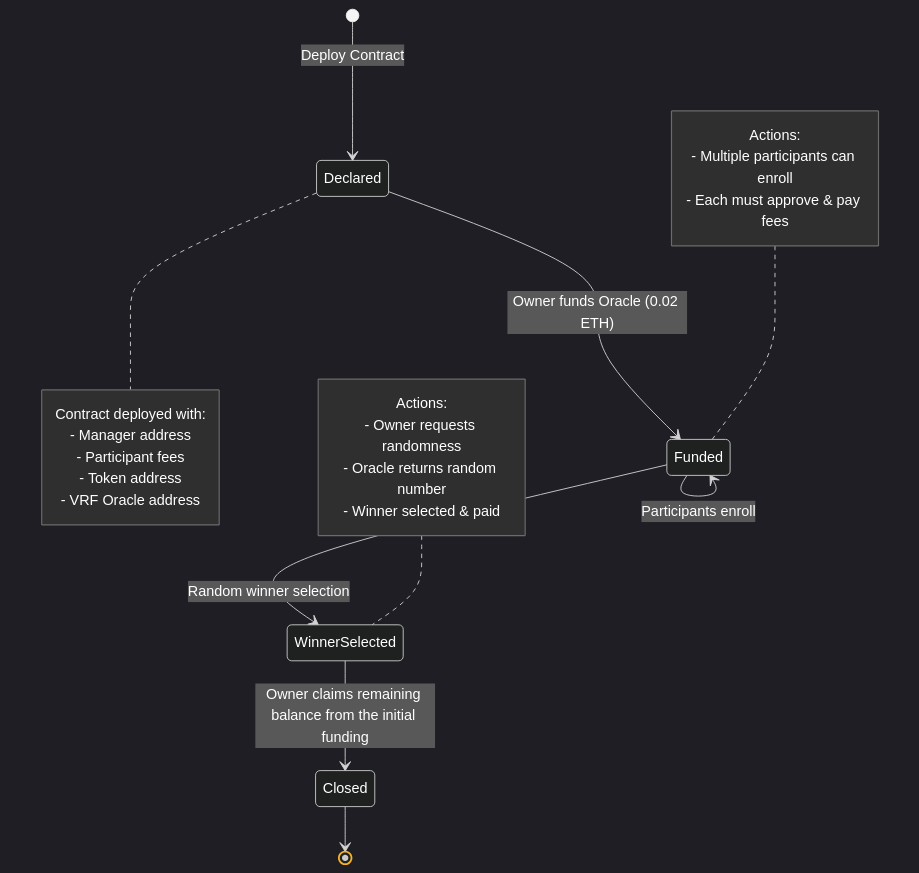
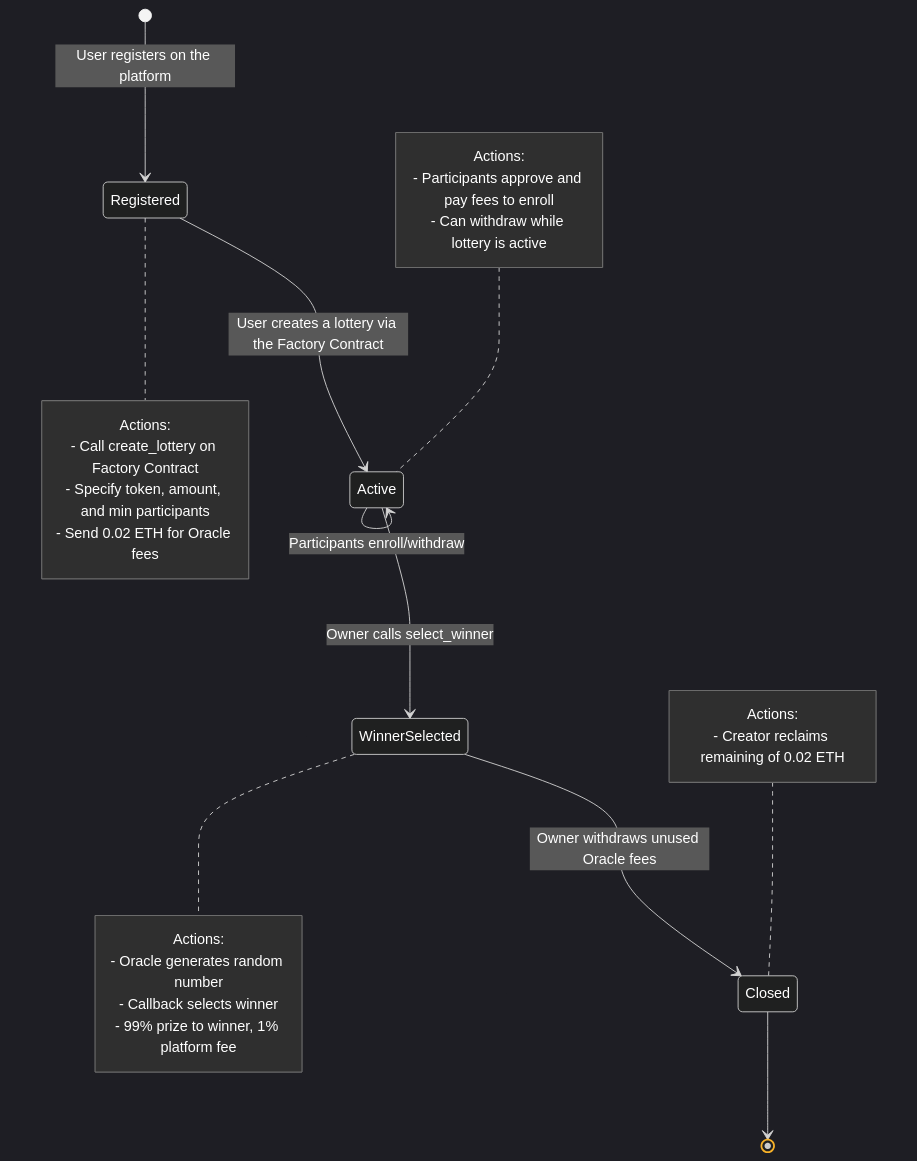
One commit to armaanansari121/lottery-starknet changed the first of 2 diagrams in README.md. Above: the diagram before and after it, drawn with Mermaid. The commit also changed other lines of this file, not shown here.

````diff
--- a/README.md
+++ b/README.md
@@ -30,48 +74,52 @@
 ```mermaid
 %%{init: {
   'theme': 'dark',
   'themeVariables': {
     'primaryColor': '#2f2f2f',
     'primaryTextColor': '#fff',
     'primaryBorderColor': '#7C0000',
     'lineColor': '#F8B229',
     'secondaryColor': '#006100',
     'tertiaryColor': '#2f2f2f',
     'noteTextColor': '#fff',
     'noteBkgColor': '#2f2f2f',
     'noteBorderColor': '#6b6b6b',
     'textColor': '#fff'
   }
 }}%%
 
 stateDiagram-v2
-    [*] --> Declared: Deploy Contract
-    
-    Declared --> Funded: Owner funds Oracle (0.02 ETH)
-    note right of Declared
-        Contract deployed with:
-        - Manager address
-        - Participant fees
-        - Token address
-        - VRF Oracle address
+    [*] --> Registered: User registers on the platform
+
+    Registered --> Active: User creates a lottery via the Factory Contract
+    note right of Registered
+        Actions:
+        - Call create_lottery on Factory Contract
+        - Specify token, amount, and min participants
+        - Send 0.02 ETH for Oracle fees
     end note
-    
-    Funded --> Funded: Participants enroll
-    note left of Funded
+
+    Active --> Active: Participants enroll/withdraw
+    note left of Active
         Actions:
-        - Multiple participants can enroll
-        - Each must approve & pay fees
+        - Participants approve and pay fees to enroll
+        - Can withdraw while lottery is active
     end note
-    
-    Funded --> WinnerSelected: Random winner selection
-    note left of WinnerSelected
+
+    Active --> WinnerSelected: Owner calls select_winner
+    note right of WinnerSelected
         Actions:
-        - Owner requests randomness
-        - Oracle returns random number
-        - Winner selected & paid
+        - Oracle generates random number
+        - Callback selects winner
+        - 99% prize to winner, 1% platform fee
     end note
-    
-    WinnerSelected --> Closed: Owner claims remaining balance from the initial funding
-    
+
+    WinnerSelected --> Closed: Owner withdraws unused Oracle fees
+    note left of Closed
+        Actions:
+        - Creator reclaims remaining of 0.02 ETH
+    end note
+
     Closed --> [*]
+
 ```
````
